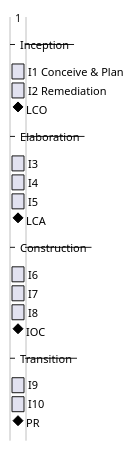
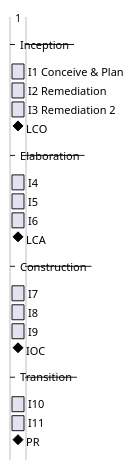
Before and after one commit to banense-test/trademe: the first of 2 diagrams in docs/artifacts/project-management/iteration-plan.md, drawn with PlantUML. The commit also changed other lines of this file, not shown here.

````diff
--- a/docs/artifacts/project-management/iteration-plan.md
+++ b/docs/artifacts/project-management/iteration-plan.md
@@ -19,23 +19,24 @@
 ```plantuml
 @startgantt
 hide footbox
 -- Inception --
 [I1 Conceive & Plan] lasts 1 days
 [I2 Remediation] lasts 1 days
-[LCO] happens at [I2 Remediation]'s end
+[I3 Remediation 2] lasts 1 days
+[LCO] happens at [I3 Remediation 2]'s end
 -- Elaboration --
-[I3] lasts 1 days
 [I4] lasts 1 days
 [I5] lasts 1 days
-[LCA] happens at [I5]'s end
+[I6] lasts 1 days
+[LCA] happens at [I6]'s end
 -- Construction --
-[I6] lasts 1 days
 [I7] lasts 1 days
 [I8] lasts 1 days
-[IOC] happens at [I8]'s end
+[I9] lasts 1 days
+[IOC] happens at [I9]'s end
 -- Transition --
-[I9] lasts 1 days
 [I10] lasts 1 days
-[PR] happens at [I10]'s end
+[I11] lasts 1 days
+[PR] happens at [I11]'s end
 @endgantt
 ```
````
